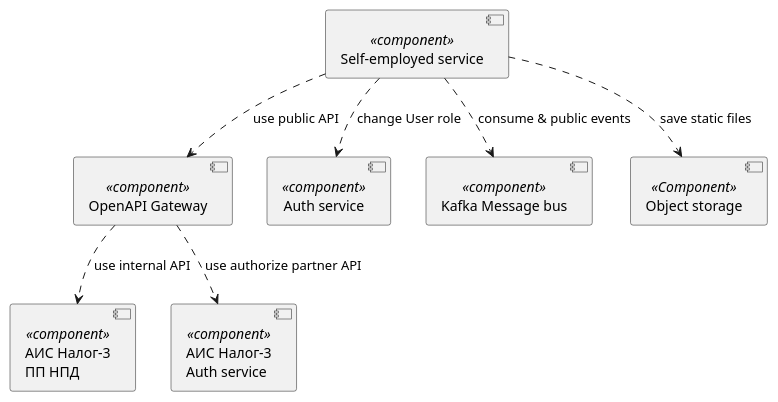
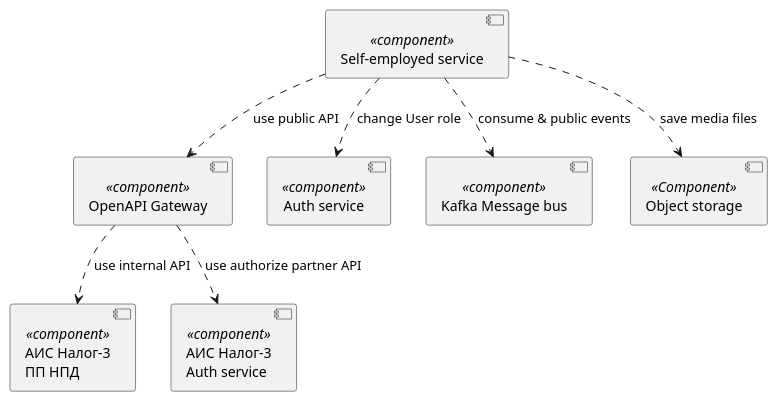
Before and after one commit to RaikBitters/ibank-internal-services: the first of 11 diagrams in diagrams/self-employed-service/components.puml, drawn with PlantUML. The commit also changed other lines of this file, not shown here.

Commit message:
Diagram updated.

```diff
--- a/diagrams/self-employed-service/components.puml
+++ b/diagrams/self-employed-service/components.puml
@@ -1,20 +1,20 @@
 @startuml high-level-model-components
 
 component "АИС Налог-3\nПП НПД" as Tax3 <<component>>
 component "АИС Налог-3\nAuth service" as Tax3AuthService <<component>>
 component "OpenAPI Gateway" as OpenAPI <<component>>
 
 component "Self-employed service" as SelfEmplService <<component>>
 component "Auth service" as AuthService <<component>>
 component "Kafka Message bus" as  Kafka <<component>>
 component "Object storage" as objectStorage <<Component>>
 
 OpenAPI ..> Tax3: use internal API
 OpenAPI ..> Tax3AuthService: use authorize partner API
 
 SelfEmplService ..> OpenAPI: use public API
 SelfEmplService ..> AuthService: change User role
 SelfEmplService ..> Kafka: consume & public events
-SelfEmplService ..> objectStorage: save static files
+SelfEmplService ..> objectStorage: save media files
 
 @enduml
```
